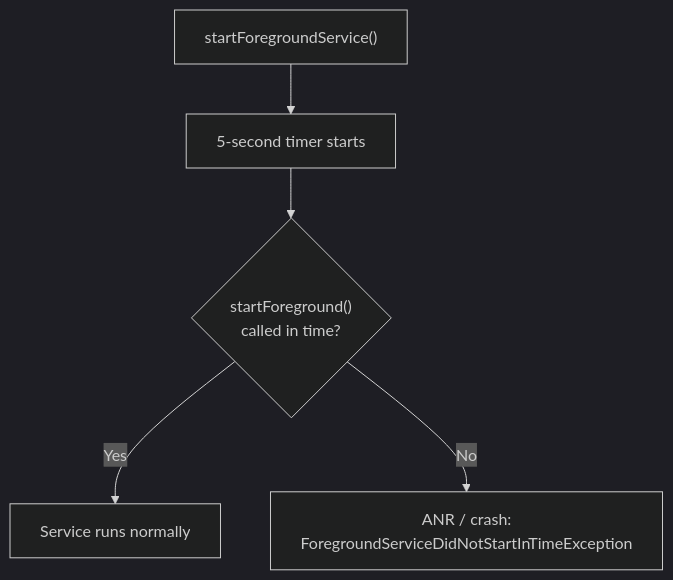
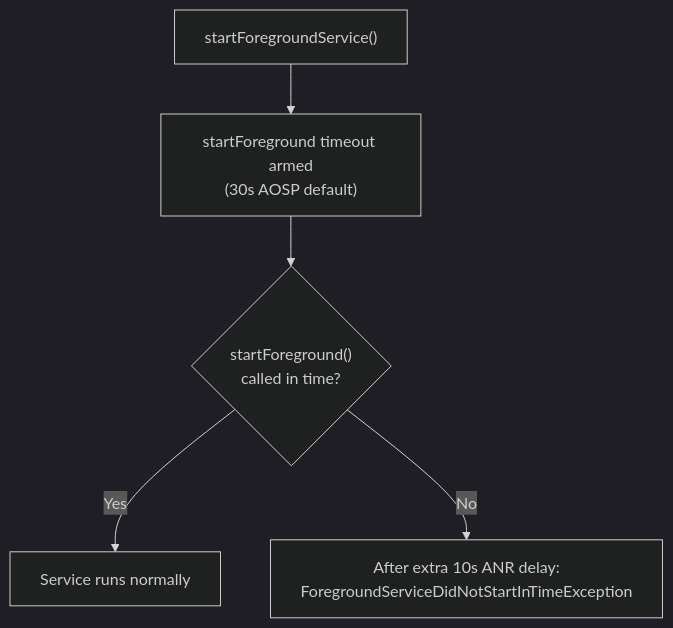
Before and after one commit to aospbooks/aosp-internal-book: diagram 13 of 17 in agents/claude/skills/aosp-framework-services/30-background-tasks.md, drawn with Mermaid (dark theme). The commit also changed other lines of this file and 218 other files, not shown here.

````diff
--- a/agents/claude/skills/aosp-framework-services/30-background-tasks.md
+++ b/agents/claude/skills/aosp-framework-services/30-background-tasks.md
@@ -1464,7 +1475,7 @@
 ```mermaid
 flowchart TD
-    A["startForegroundService()"] --> B["5-second timer starts"]
+    A["startForegroundService()"] --> B["startForeground timeout armed<br/>(30s AOSP default)"]
     B --> C{"startForeground()<br/>called in time?"}
     C -->|Yes| D["Service runs normally"]
-    C -->|No| E["ANR / crash:<br/>ForegroundServiceDidNotStartInTimeException"]
+    C -->|No| E["After extra 10s ANR delay:<br/>ForegroundServiceDidNotStartInTimeException"]
 ```
````
